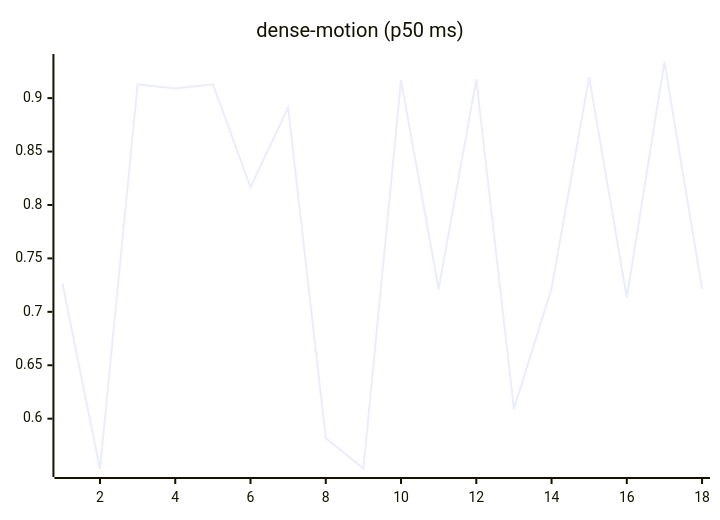
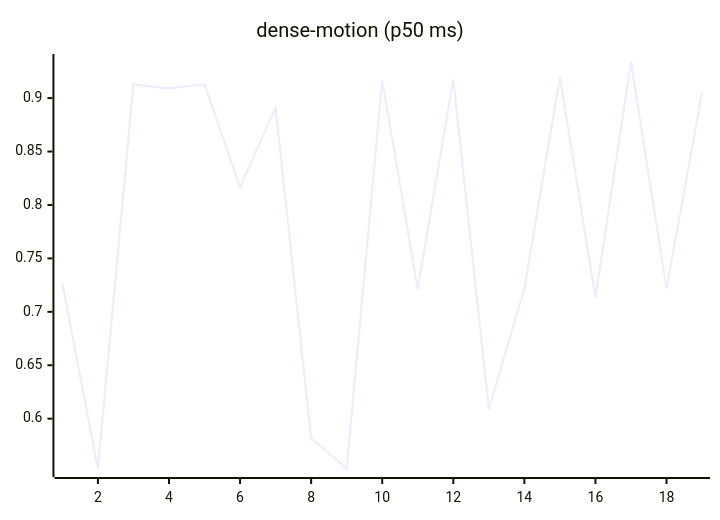
One commit to josha/Facet changed the ninth of 27 diagrams in README.md. Above: the diagram before and after it, drawn with Mermaid. The commit also changed other lines of this file and 2 other files, not shown here.

````diff
--- a/README.md
+++ b/README.md
@@ -119,6 +119,6 @@
 ```mermaid
 xychart-beta
     title "dense-motion (p50 ms)"
-    x-axis 1 --> 18
-    line [0.7269, 0.5529, 0.9128, 0.9089, 0.9130, 0.8166, 0.8911, 0.5818, 0.5534, 0.9168, 0.7211, 0.9177, 0.6090, 0.7219, 0.9196, 0.7134, 0.9338, 0.7216]
+    x-axis 1 --> 19
+    line [0.7269, 0.5529, 0.9128, 0.9089, 0.9130, 0.8166, 0.8911, 0.5818, 0.5534, 0.9168, 0.7211, 0.9177, 0.6090, 0.7219, 0.9196, 0.7134, 0.9338, 0.7216, 0.9055]
 ```
````
